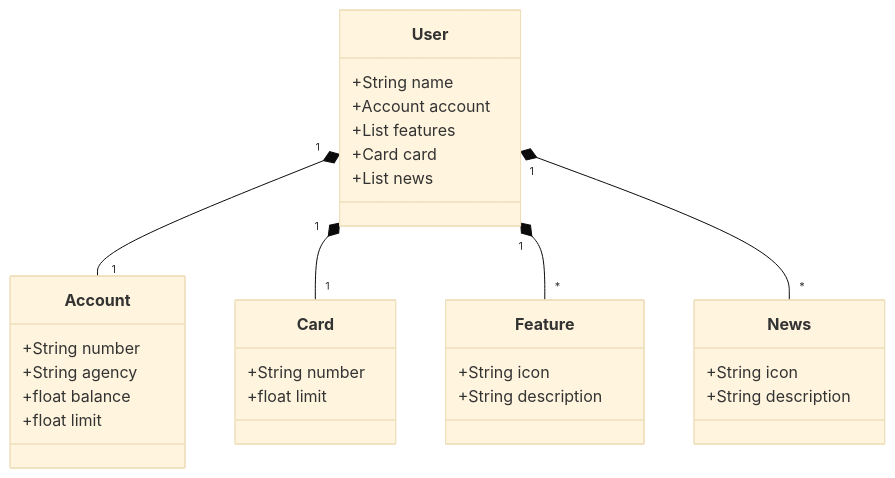
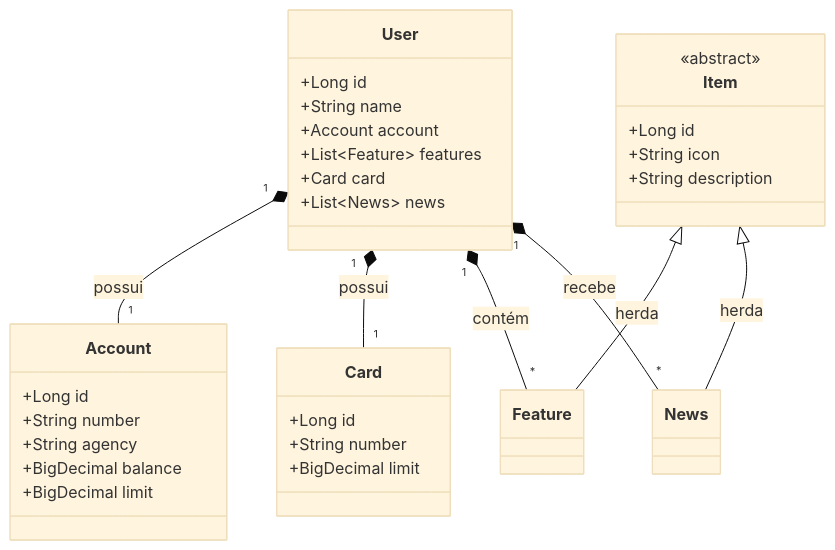
Before and after one commit to erickystn/dio-java-spring-back-santander: the first of 2 diagrams in README.md, drawn with Mermaid (base theme). The commit also changed other lines of this file, not shown here.

````diff
--- a/README.md
+++ b/README.md
@@ -3,37 +127,45 @@
 ```mermaid
 classDiagram
     class User {
+        +Long id
         +String name
         +Account account
-        +List<Feature> features
+        +List~Feature~ features
         +Card card
-        +List<News> news
+        +List~News~ news
     }
 
     class Account {
+        +Long id
         +String number
         +String agency
-        +float balance
-        +float limit
+        +BigDecimal balance
+        +BigDecimal limit
     }
 
-    class Feature {
+    class Item {
+        <<abstract>>
+        +Long id
         +String icon
         +String description
     }
 
+    class Feature {
+    }
+
     class Card {
+        +Long id
         +String number
-        +float limit
+        +BigDecimal limit
     }
 
     class News {
-        +String icon
-        +String description
     }
 
-    User "1" *-- "1" Account 
-    User "1" *-- "1" Card 
-    User "1" *-- "*" Feature 
-    User "1" *-- "*" News
+    Item <|-- Feature : herda
+    Item <|-- News : herda
+    User "1" *-- "1" Account : possui
+    User "1" *-- "1" Card : possui
+    User "1" *-- "*" Feature : contém
+    User "1" *-- "*" News : recebe
 ```
````
